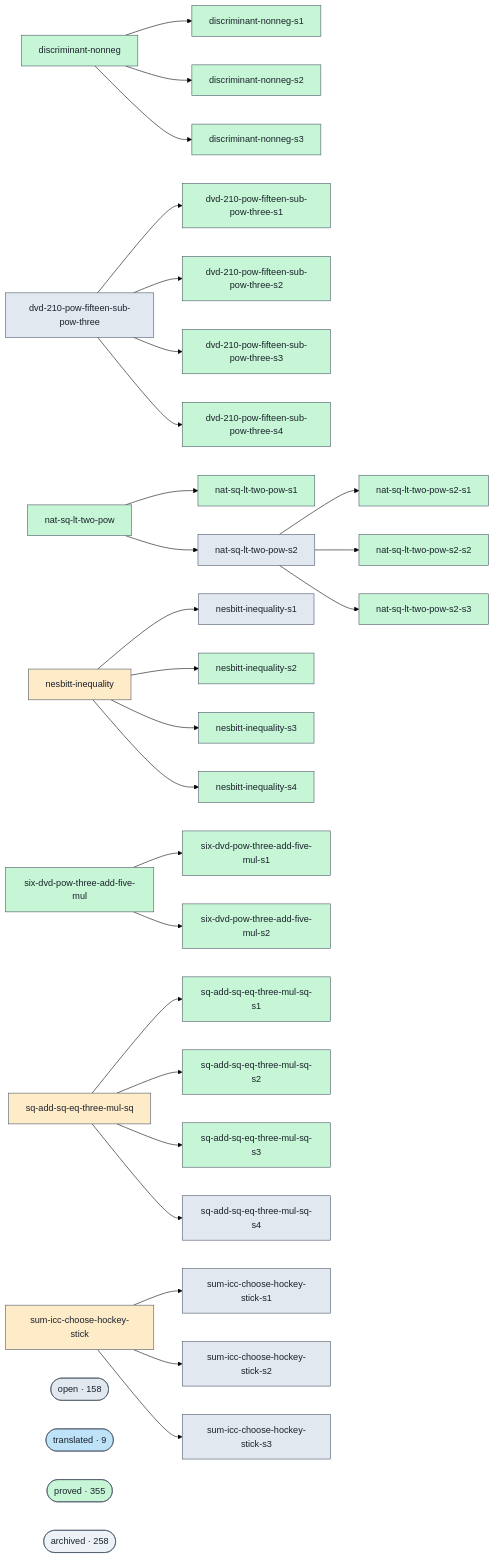
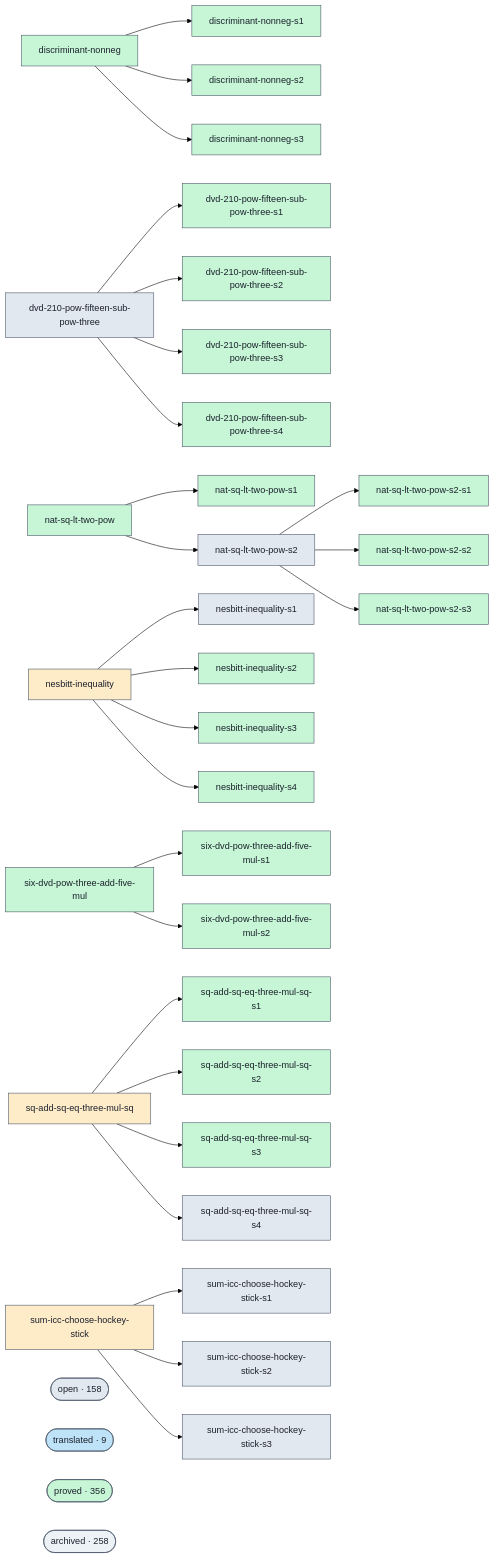
One commit to ohdearquant/unsorry changed the diagram in docs/proofs-contributors-visualisation.md. Above: the diagram before and after it, drawn with Mermaid (forest theme). The commit also changed other lines of this file and 2 other files, not shown here.

```diff
--- a/docs/proofs-contributors-visualisation.md
+++ b/docs/proofs-contributors-visualisation.md
@@ -147,7 +147,7 @@
   class cluster_open open;
   cluster_translated(["translated · 9"])
   class cluster_translated translated;
-  cluster_proved(["proved · 355"])
+  cluster_proved(["proved · 356"])
   class cluster_proved proved;
   cluster_archived(["archived · 258"])
   class cluster_archived unknown;
```
